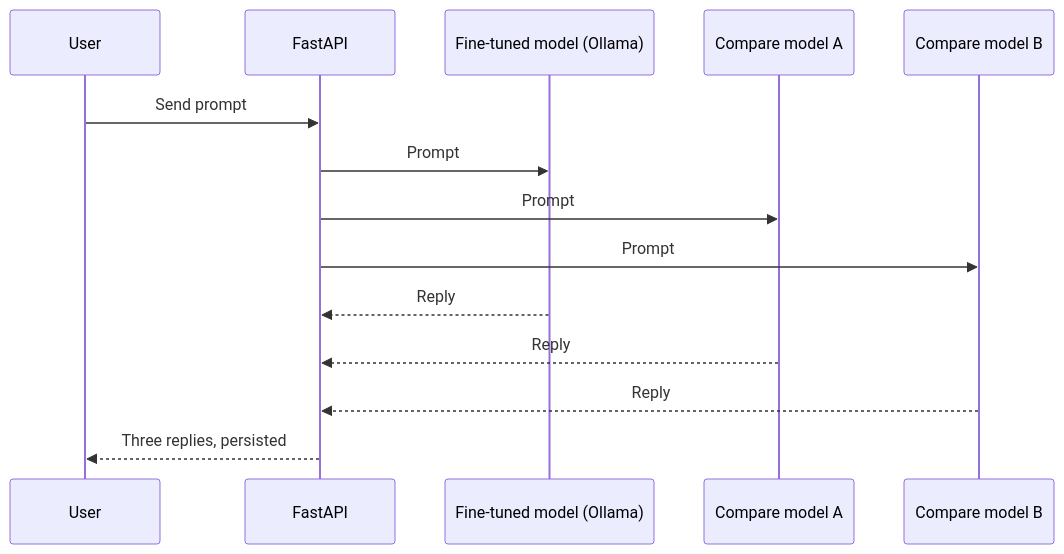
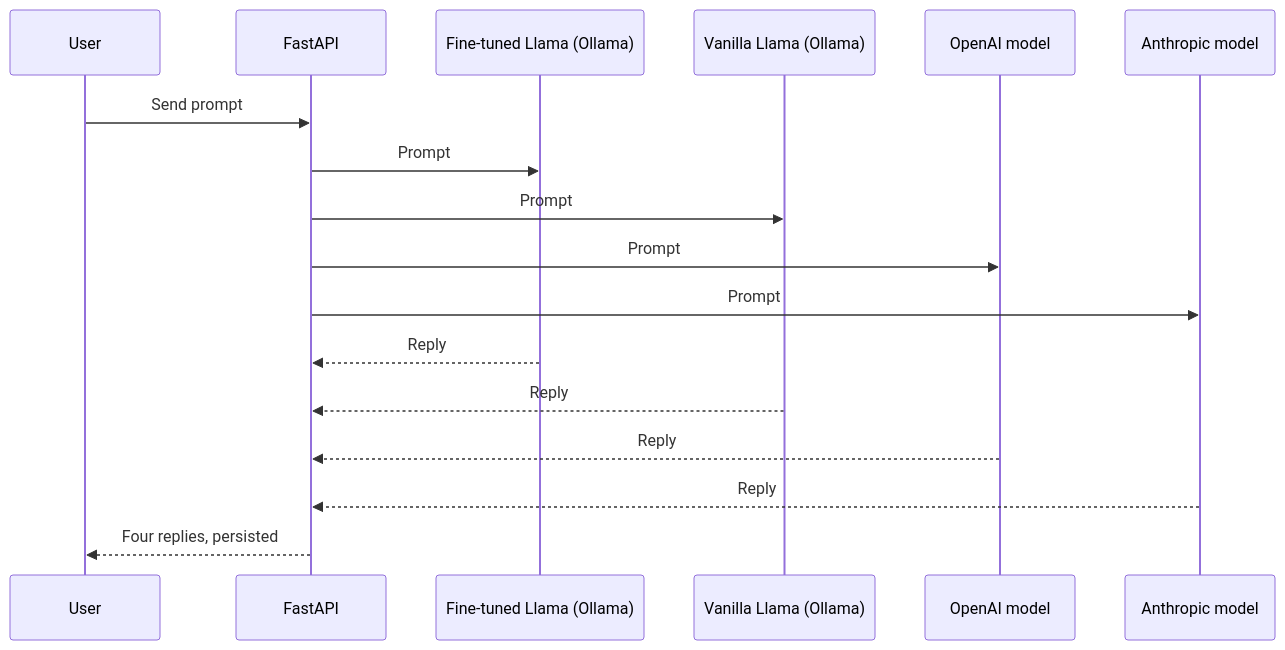
The fourth of 4 diagrams in docs/ARCHITECTURE.md (lecharles/llm-fine-tuner-agent-tester), drawn with Mermaid before and after one commit. The commit also changed other lines of this file and 6 other files, not shown here.

Commit message:
docs: four-way compare and iters across product docs

`````diff
--- a/docs/ARCHITECTURE.md
+++ b/docs/ARCHITECTURE.md
@@ -56,16 +56,19 @@
 ````mermaid
 sequenceDiagram
     participant U as User
     participant API as FastAPI
-    participant FT as Fine-tuned model (Ollama)
-    participant A as Compare model A
-    participant B as Compare model B
+    participant FT as Fine-tuned Llama (Ollama)
+    participant VB as Vanilla Llama (Ollama)
+    participant OAI as OpenAI model
+    participant ANT as Anthropic model
     U->>API: Send prompt
     API->>FT: Prompt
-    API->>A: Prompt
-    API->>B: Prompt
+    API->>VB: Prompt
+    API->>OAI: Prompt
+    API->>ANT: Prompt
     FT-->>API: Reply
-    A-->>API: Reply
-    B-->>API: Reply
-    API-->>U: Three replies, persisted
+    VB-->>API: Reply
+    OAI-->>API: Reply
+    ANT-->>API: Reply
+    API-->>U: Four replies, persisted
 ````
`````
